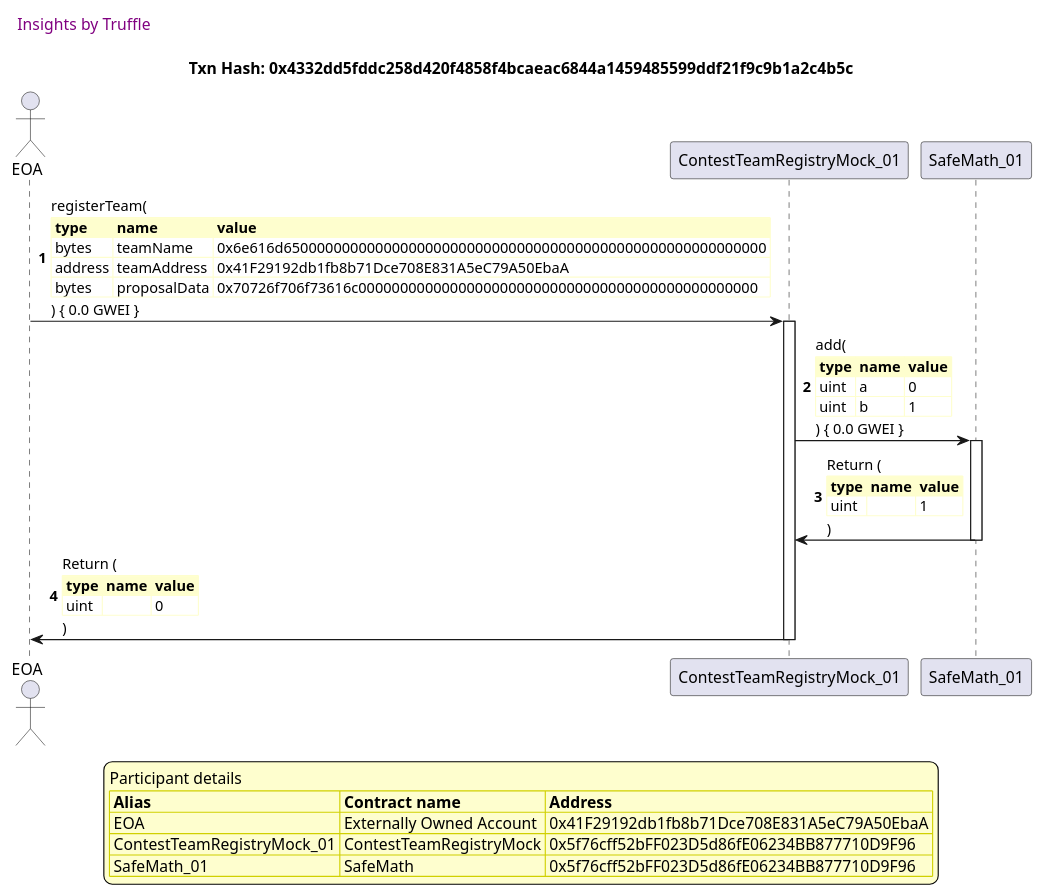
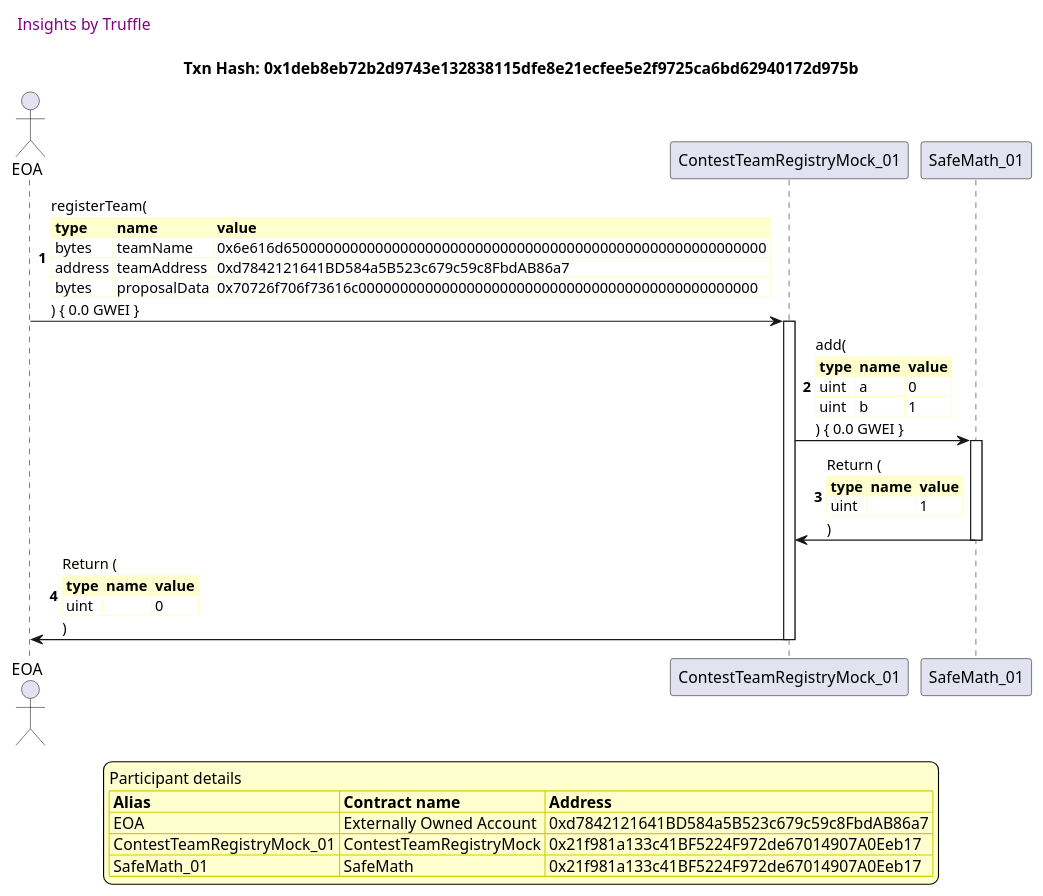
One commit to fodisi/hackapay changed diagram 14 of 50 in truffle-seq/core_contestteamregistry.md. Above: the diagram before and after it, drawn with PlantUML. The commit also changed other lines of this file and 10 other files, not shown here.

````diff
--- a/truffle-seq/core_contestteamregistry.md
+++ b/truffle-seq/core_contestteamregistry.md
@@ -632,56 +632,56 @@
 ```plantuml
 
 
 @startuml
 
 autonumber
 skinparam legendBackgroundColor #FEFECE
 
 <style>
       header {
         HorizontalAlignment left
         FontColor purple
         FontSize 14
         Padding 10
       }
     </style>
 
 header Insights by Truffle
 
-title Txn Hash: 0x4332dd5fddc258d420f4858f4bcaeac6844a1459485599ddf21f9c9b1a2c4b5c
+title Txn Hash: 0x1deb8eb72b2d9743e132838115dfe8e21ecfee5e2f9725ca6bd62940172d975b
 
 
 actor EOA as "EOA"
 participant ContestTeamRegistryMock_01 as "ContestTeamRegistryMock_01"
 participant SafeMath_01 as "SafeMath_01"
 
 "EOA" -> "ContestTeamRegistryMock_01" ++: registerTeam(\n\
 <#FEFECE,#FEFECE>|= type |= name |= value |\n\
 | bytes | teamName | 0x6e616d6500000000000000000000000000000000000000000000000000000000 |\n\
-| address | teamAddress | 0x41F29192db1fb8b71Dce708E831A5eC79A50EbaA |\n\
+| address | teamAddress | 0xd7842121641BD584a5B523c679c59c8FbdAB86a7 |\n\
 | bytes | proposalData | 0x70726f706f73616c000000000000000000000000000000000000000000000000 |\n\
 ) { 0.0 GWEI }
 "ContestTeamRegistryMock_01" -> "SafeMath_01" ++: add(\n\
 <#FEFECE,#FEFECE>|= type |= name |= value |\n\
 | uint | a | 0 |\n\
 | uint | b | 1 |\n\
 ) { 0.0 GWEI }
 "SafeMath_01" -> "ContestTeamRegistryMock_01" --: Return (\n\
 <#FEFECE,#FEFECE>|= type |= name |= value |\n\
 | uint |  | 1 |\n\
 )
 "ContestTeamRegistryMock_01" -> "EOA" --: Return (\n\
 <#FEFECE,#FEFECE>|= type |= name |= value |\n\
 | uint |  | 0 |\n\
 )
 
 legend
 Participant details
 <#FEFECE,#D0D000>|= Alias |= Contract name |= Address |
-<#FEFECE>| EOA | Externally Owned Account | 0x41F29192db1fb8b71Dce708E831A5eC79A50EbaA |
-<#FEFECE>| ContestTeamRegistryMock_01 | ContestTeamRegistryMock | 0x5f76cff52bFF023D5d86fE06234BB877710D9F96 |
-<#FEFECE>| SafeMath_01 | SafeMath | 0x5f76cff52bFF023D5d86fE06234BB877710D9F96 |
+<#FEFECE>| EOA | Externally Owned Account | 0xd7842121641BD584a5B523c679c59c8FbdAB86a7 |
+<#FEFECE>| ContestTeamRegistryMock_01 | ContestTeamRegistryMock | 0x21f981a133c41BF5224F972de67014907A0Eeb17 |
+<#FEFECE>| SafeMath_01 | SafeMath | 0x21f981a133c41BF5224F972de67014907A0Eeb17 |
 endlegend
 
 @enduml
 ```
````
